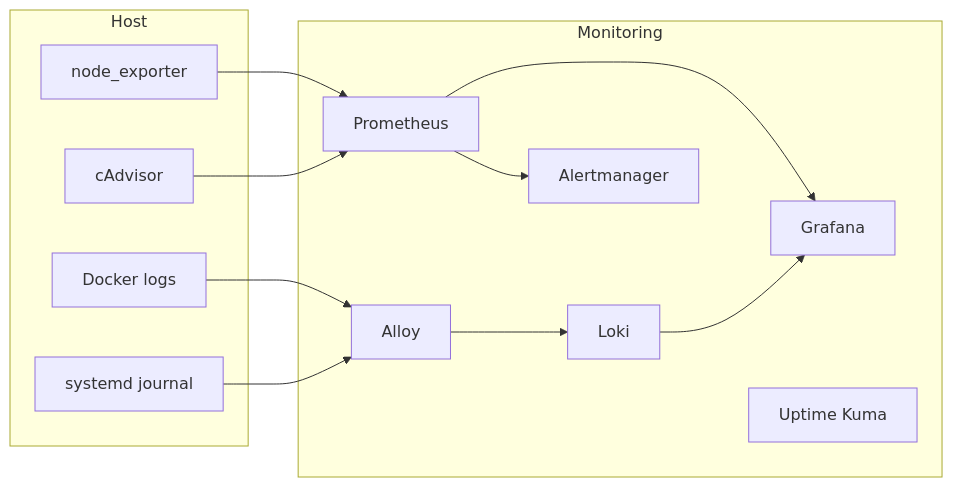
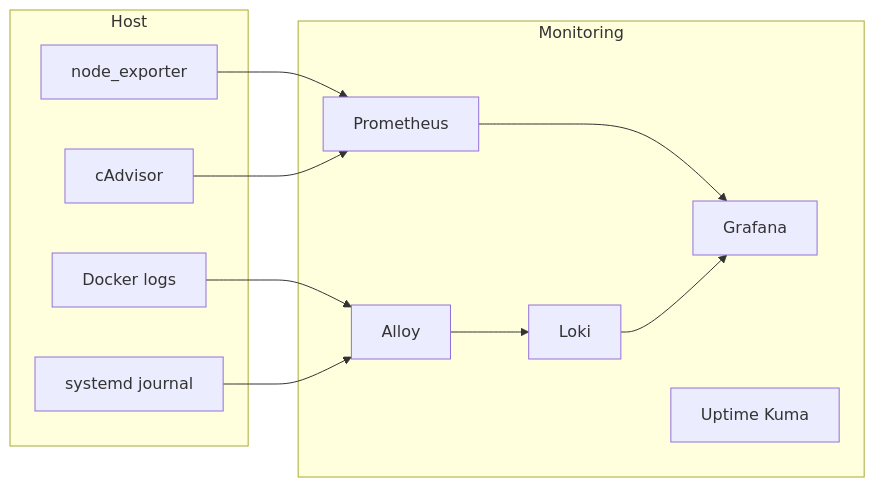
The diagram in README.md (fabianwimberger/monitoring-stack), drawn with Mermaid before and after one commit. The commit also changed other lines of this file and 6 other files, not shown here.

````diff
--- a/README.md
+++ b/README.md
@@ -86,26 +85,24 @@
 ```mermaid
 flowchart LR
     subgraph Host
         node[node_exporter]
         cadvisor[cAdvisor]
         journal[systemd journal]
         docker[Docker logs]
     end
 
     subgraph Monitoring
         prom[Prometheus]
         loki[Loki]
         alloy[Alloy]
         grafana[Grafana]
         kuma[Uptime Kuma]
-        am[Alertmanager]
     end
 
     node --> prom
     cadvisor --> prom
     docker --> alloy --> loki
     journal --> alloy
     prom --> grafana
-    prom --> am
     loki --> grafana
 ```
````
